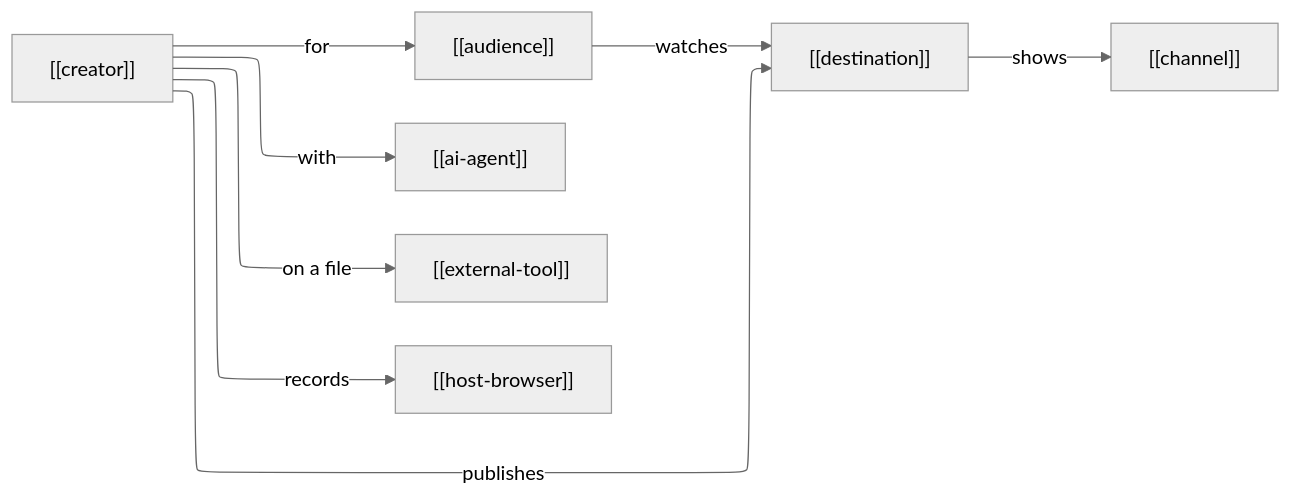
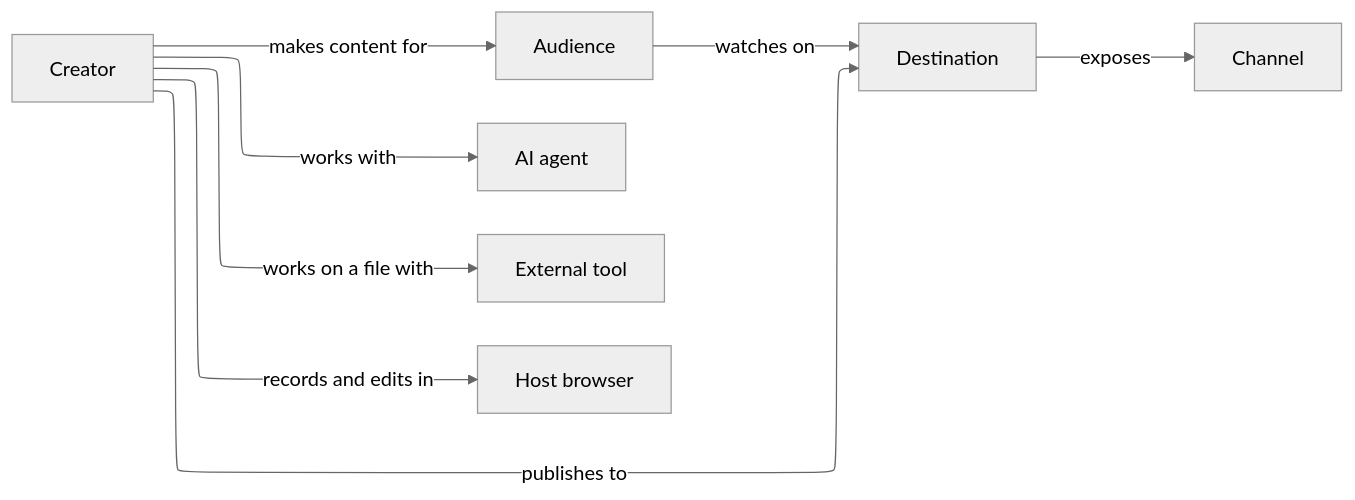
Before and after one commit to acs/democlip: the first of 2 diagrams in docs/ontology/problem-domain.md, drawn with Mermaid (neutral theme). The commit also changed other lines of this file and 2 other files, not shown here.

First line of the commit message:
docs: drop the literal [[id]] markup from the diagram labels

````diff
--- a/docs/ontology/problem-domain.md
+++ b/docs/ontology/problem-domain.md
@@ -12,11 +12,11 @@
 ```mermaid
 %%{init: {"layout": "elk"}}%%
 flowchart LR
-    creator["[[creator]]"] -->|for| audience["[[audience]]"]
-    creator -->|with| agent["[[ai-agent]]"]
-    creator -->|on a file| tool["[[external-tool]]"]
-    creator -->|publishes| dest["[[destination]]"]
-    audience -->|watches| dest
-    dest -->|shows| channel["[[channel]]"]
-    creator -->|records| browser["[[host-browser]]"]
+    creator["Creator"] -->|makes content for| audience["Audience"]
+    creator -->|works with| agent["AI agent"]
+    creator -->|works on a file with| tool["External tool"]
+    creator -->|records and edits in| browser["Host browser"]
+    creator -->|publishes to| dest["Destination"]
+    dest -->|exposes| channel["Channel"]
+    audience -->|watches on| dest
 ```
````
